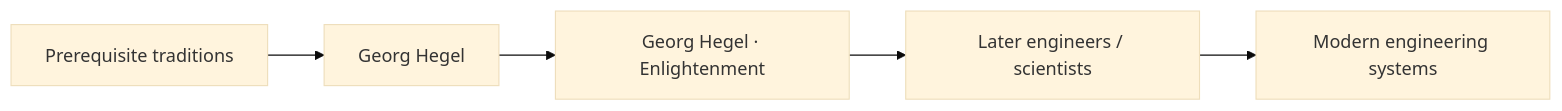
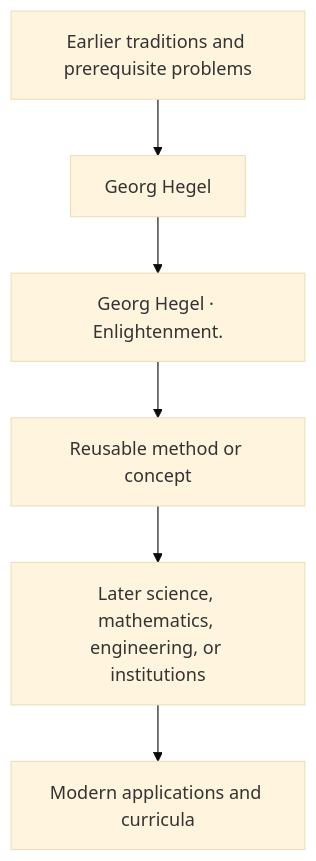
The diagram in docs/history/georg-hegel/influence.md (via-decide/ViaLogic), drawn with Mermaid (base theme) before and after one commit. The commit also changed other lines of this file and 858 other files, not shown here.

````diff
--- a/docs/history/georg-hegel/influence.md
+++ b/docs/history/georg-hegel/influence.md
@@ -29,7 +16,8 @@
 ```mermaid
-graph LR
-  prerequisites["Prerequisite traditions"] --> current["Georg Hegel"]
-  current --> contribution["Georg Hegel · Enlightenment"]
-  contribution --> successors["Later engineers / scientists"]
-  successors --> modern["Modern engineering systems"]
+graph TD
+  Prior[Earlier traditions and prerequisite problems] --> Person[Georg Hegel]
+  Person --> Contribution[Georg Hegel · Enlightenment.]
+  Contribution --> Method[Reusable method or concept]
+  Method --> Later[Later science, mathematics, engineering, or institutions]
+  Later --> Modern[Modern applications and curricula]
 ```
````
